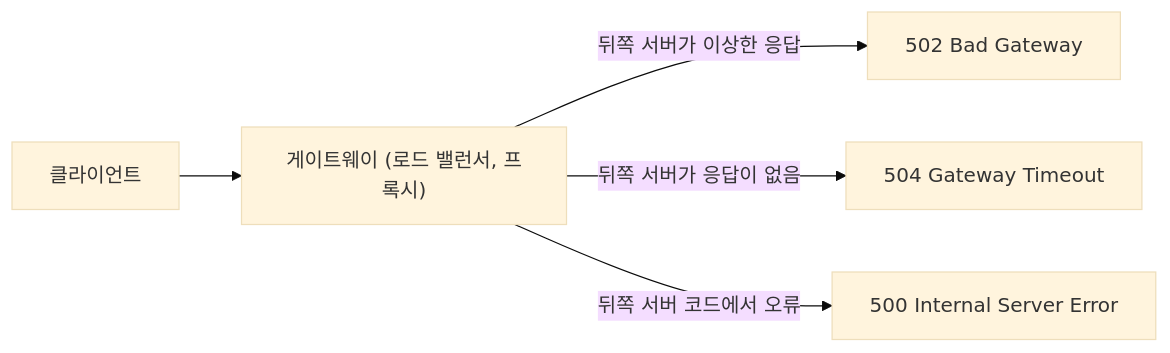
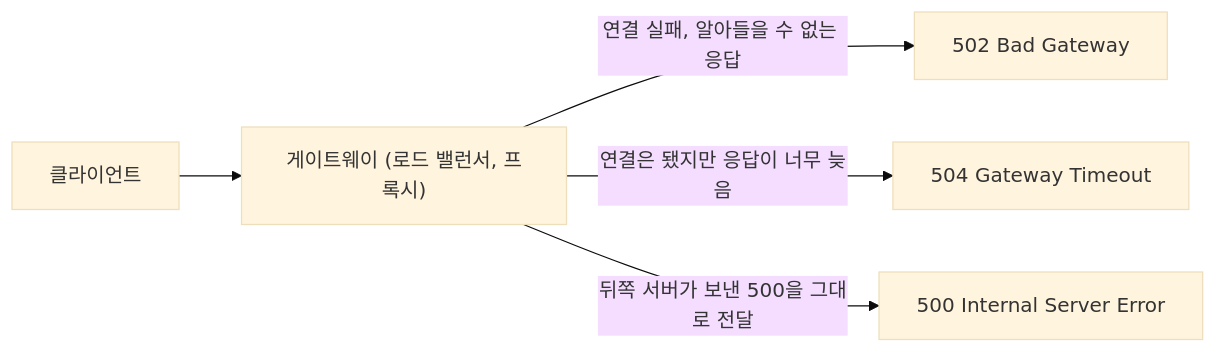
Before and after one commit to JangHwanPark/Note: the fourth of 4 diagrams in CS_Basic/WEB/HTTP 메서드와 상태 코드(HTTP Methods and Status Codes)/README.md, drawn with Mermaid (base theme). The commit also changed other lines of this file, not shown here.

````diff
--- a/CS_Basic/WEB/HTTP 메서드와 상태 코드(HTTP Methods and Status Codes)/README.md
+++ b/CS_Basic/WEB/HTTP 메서드와 상태 코드(HTTP Methods and Status Codes)/README.md
@@ -204,7 +205,7 @@
 ```mermaid
 flowchart LR
     C["클라이언트"] --> G["게이트웨이 (로드 밸런서, 프록시)"]
-    G -- "뒤쪽 서버가 이상한 응답" --> E1["502 Bad Gateway"]
-    G -- "뒤쪽 서버가 응답이 없음" --> E2["504 Gateway Timeout"]
-    G -- "뒤쪽 서버 코드에서 오류" --> E3["500 Internal Server Error"]
+    G -- "연결 실패, 알아들을 수 없는 응답" --> E1["502 Bad Gateway"]
+    G -- "연결은 됐지만 응답이 너무 늦음" --> E2["504 Gateway Timeout"]
+    G -- "뒤쪽 서버가 보낸 500을 그대로 전달" --> E3["500 Internal Server Error"]
 ```
````
